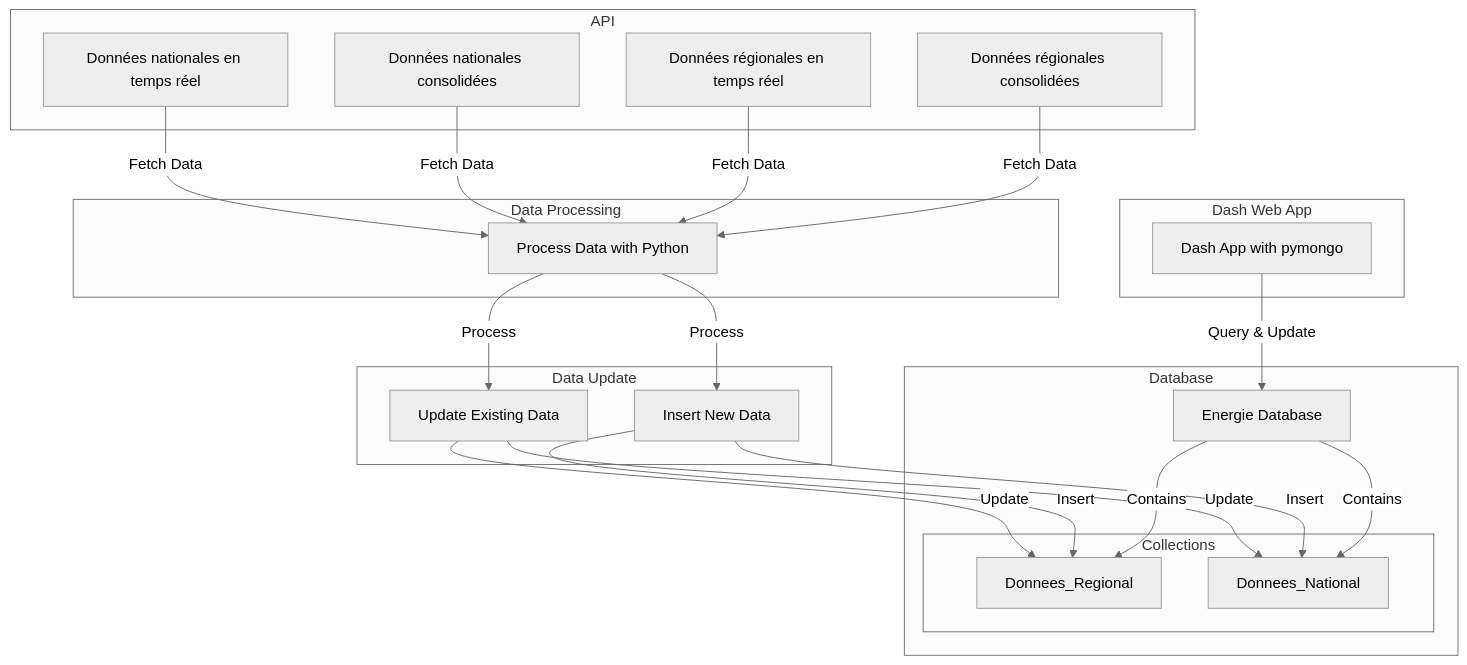
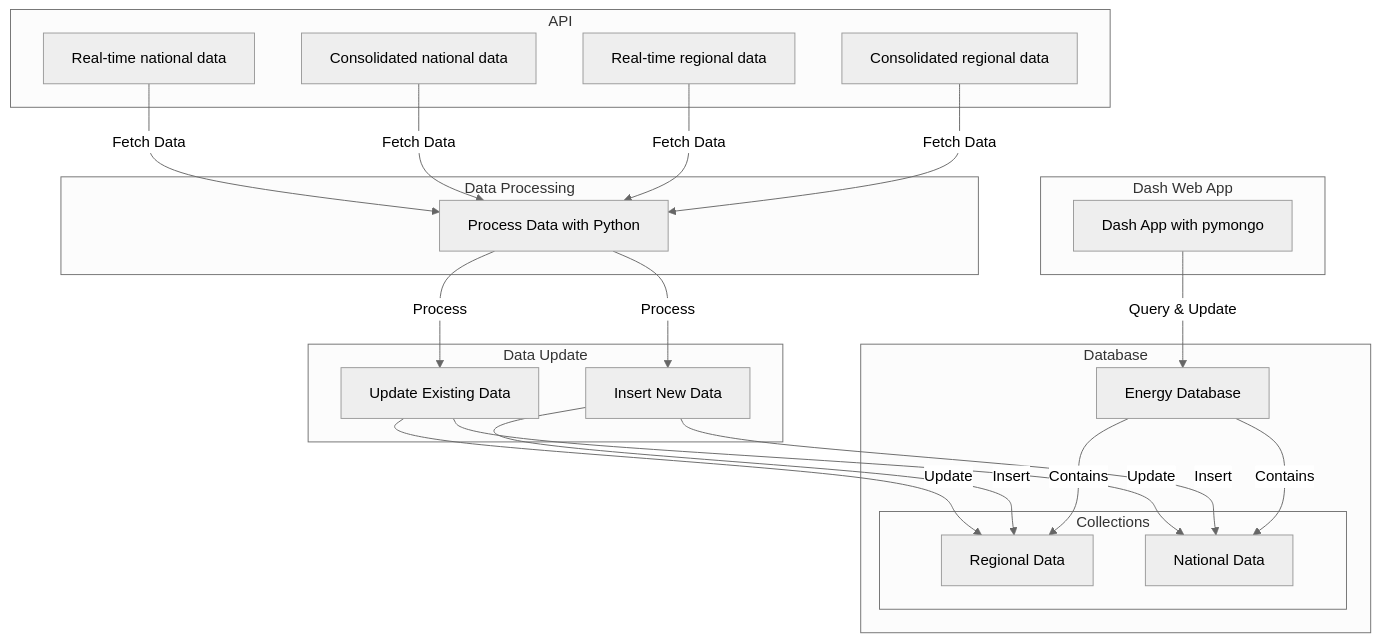
Before and after one commit to Hisqkq/Hisqkq.github.io: the second of 2 diagrams in _posts/2024-02-01-PVA.md, drawn with Mermaid (neutral theme). The commit also changed other lines of this file and 15 other files, not shown here.

````diff
--- a/_posts/2024-02-01-PVA.md
+++ b/_posts/2024-02-01-PVA.md
@@ -164,55 +164,55 @@
 ```mermaid
 flowchart TD
     subgraph API[API]
         classDef title size:58px, color:#000
         class API title
-        API1[Données nationales en temps réel]
-        API2[Données nationales consolidées]
-        API3[Données régionales en temps réel]
-        API4[Données régionales consolidées]
+        API1[Real-time national data]
+        API2[Consolidated national data]
+        API3[Real-time regional data]
+        API4[Consolidated regional data]
     end
     
     subgraph DataProcessing[Data Processing]
         class DataProcessing title
         P1[Process Data with Python]
     end
     
     subgraph Database[Database]
         class Database title
-        DB[Energie Database]
+        DB[Energy Database]
         subgraph Collections
             class Collections title
-            DR[Donnees_Regional]
-            DN[Donnees_National]
+            DR[Regional Data]
+            DN[National Data]
         end
     end
 
     subgraph DataUpdate[Data Update]
         class DataUpdate title
         U1[Update Existing Data]
         U2[Insert New Data]
     end
 
     subgraph DashApp[Dash Web App]
         class DashApp title
         DWA[Dash App with pymongo]
     end
     
     API1 --> |Fetch Data| P1
     API2 --> |Fetch Data| P1
     API3 --> |Fetch Data| P1
     API4 --> |Fetch Data| P1
     
     P1 --> |Process| U1
     P1 --> |Process| U2
     
     U1 --> |Update| DR
     U1 --> |Update| DN
     U2 --> |Insert| DR
     U2 --> |Insert| DN
     
     DB --> |Contains| DR
     DB --> |Contains| DN
     
     DWA --> |Query & Update| DB
 ```
````
